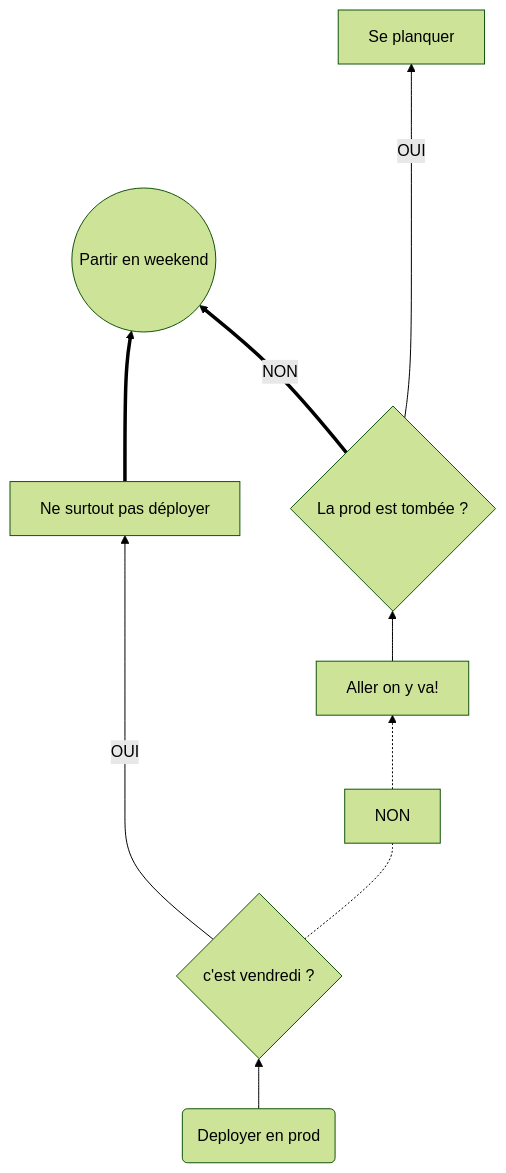
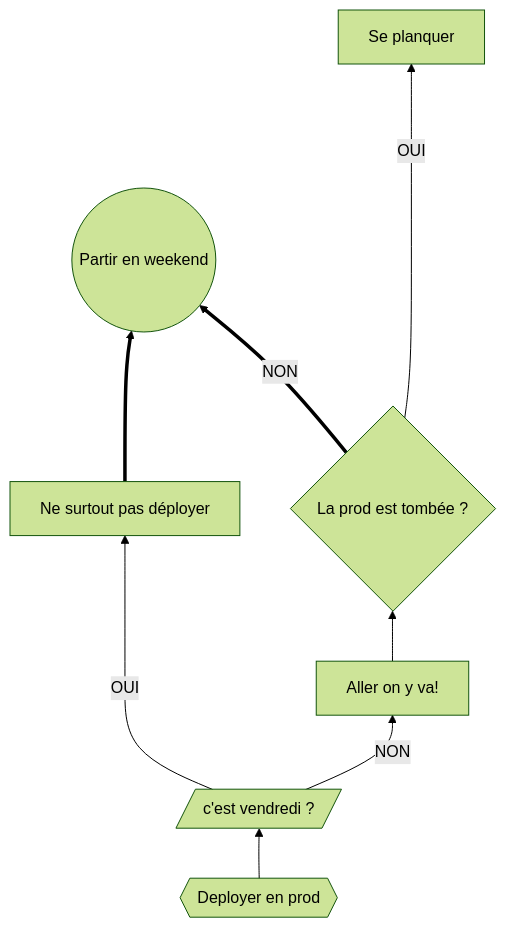
One commit to ErwanLT/mermaidMarkdown changed the second of 4 diagrams in flowcharts/README.md. Above: the diagram before and after it, drawn with Mermaid (forest theme). The commit also changed other lines of this file, not shown here.

Commit message:
flowcharts

````diff
--- a/flowcharts/README.md
+++ b/flowcharts/README.md
@@ -15,10 +15,10 @@
 ```mermaid
   flowchart BT
-      A(Deployer en prod)-->B{c'est vendredi ?};
+      A{{Deployer en prod}}-->B[/c'est vendredi ?/];
       B -- OUI --> C[Ne surtout pas déployer];
-      C ==> G
-      B -.- NON -.-> D[Aller on y va!];
+      C ==> G;
+      B -- NON --> D[Aller on y va!];
       D--> E{La prod est tombée ?};
       E -- OUI ----> F[Se planquer];
       E == NON ==> G((Partir en weekend));
 ```
````
